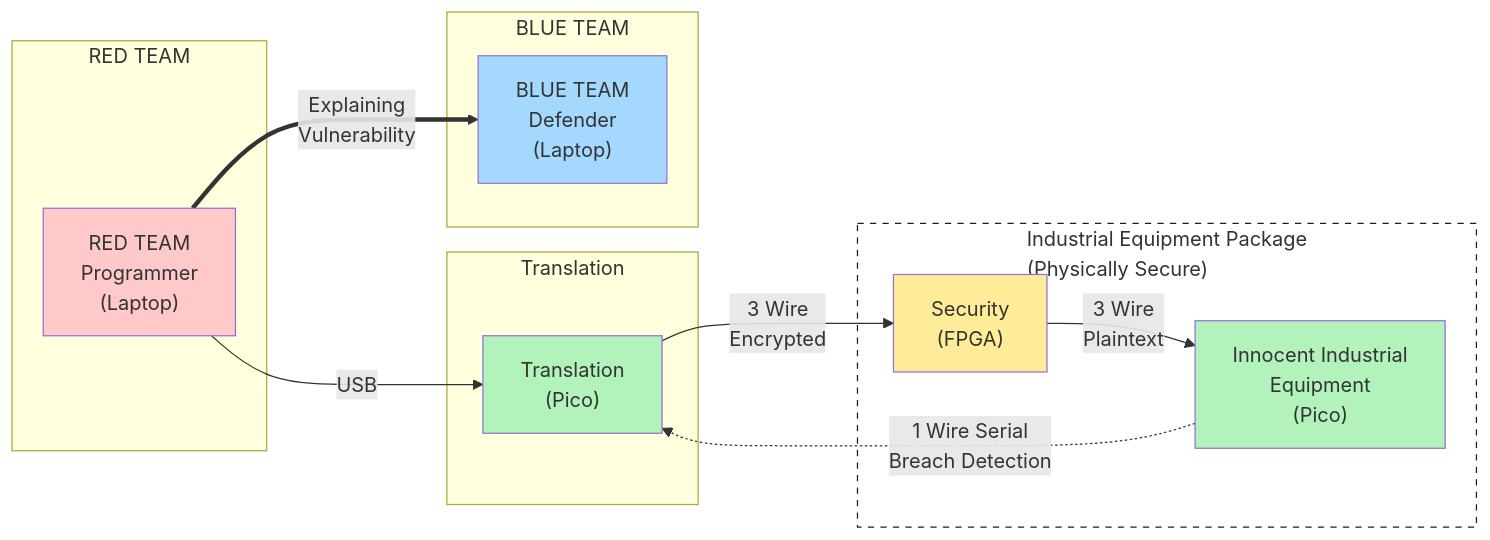
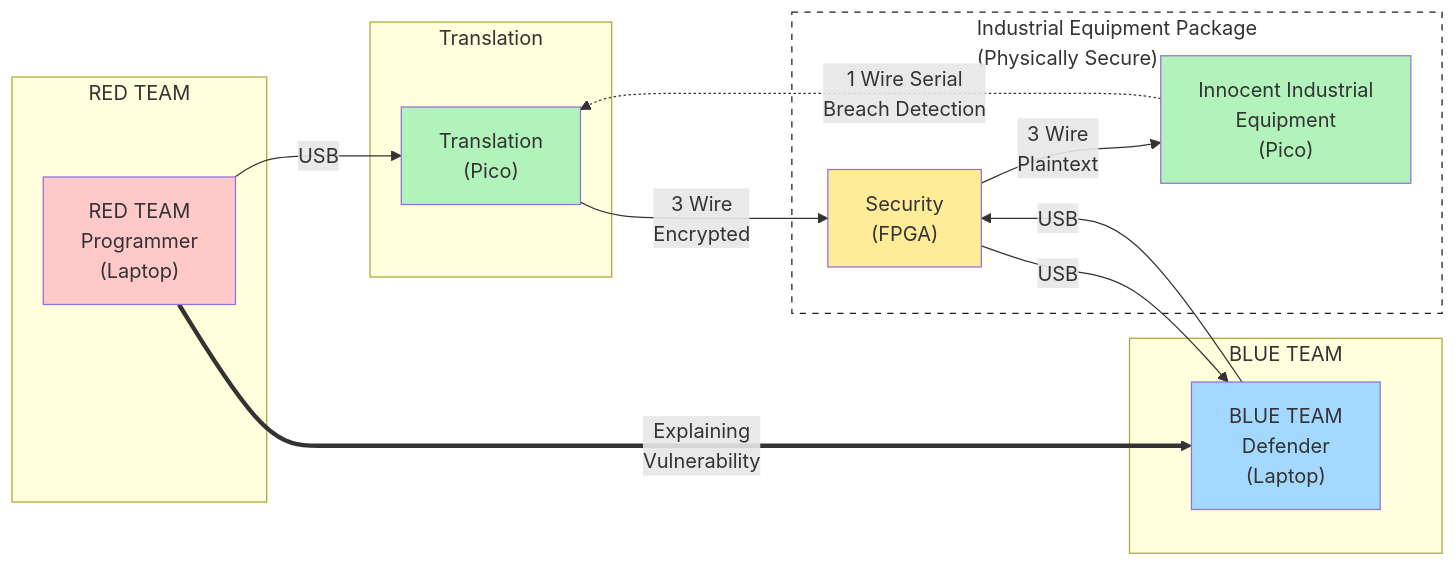
One commit to Calebp98/project_gabriel changed the diagram in situation_3.mermaid. Above: the diagram before and after it, drawn with Mermaid. The commit also changed other lines of this file, not shown here.

```diff
--- a/situation_3.mermaid
+++ b/situation_3.mermaid
@@ -1,35 +1,37 @@
 graph LR
     subgraph RedTeam["RED TEAM"]
         A["RED TEAM<br/>Programmer<br/>(Laptop)"]
     end
     
     subgraph Translation["Translation"]
         B["Translation<br/>(Pico)"]
     end
     
     subgraph IEP["Industrial Equipment Package<br/>(Physically Secure)"]
         C["Security<br/>(FPGA)"]
         D["Innocent Industrial<br/>Equipment<br/>(Pico)"]
     end
     
     subgraph BlueTeam["BLUE TEAM"]
         E["BLUE TEAM<br/>Defender<br/>(Laptop)"]
     end
     
     A -->|USB| B
     B -->|3 Wire<br/>Encrypted| C
     C -->|3 Wire<br/>Plaintext| D
     D -.->|1 Wire Serial<br/>Breach Detection| B
     A ==>|Explaining<br/>Vulnerability| E
+    E -->|USB| C
+    C -->|USB| E
     
     style A fill:#ffc9c9
     style B fill:#b2f2bb
     style C fill:#ffec99
     style D fill:#b2f2bb
     style E fill:#a5d8ff
     style IEP fill:none,stroke:#1e1e1e,stroke-dasharray: 5 5
 
     classDef redTeam fill:#ffc9c9
     classDef blueTeam fill:#a5d8ff
     classDef secure fill:#ffec99
     classDef translation fill:#b2f2bb
```
